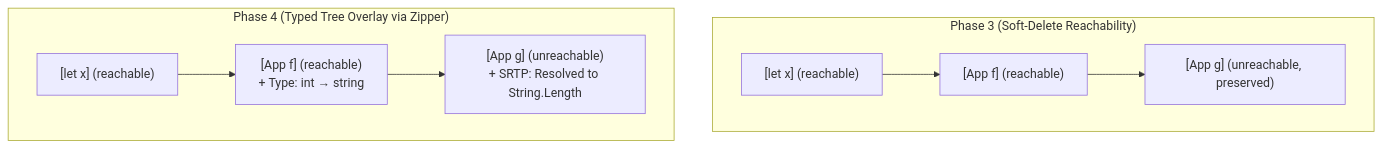
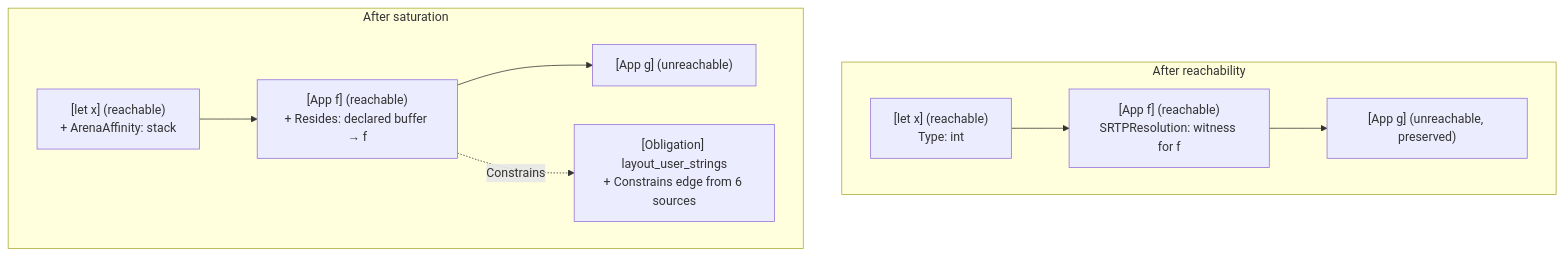
The fifth of 8 diagrams in docs/03_unique_features.md (FidelityFramework/Atelier), drawn with Mermaid before and after one commit. The commit also changed other lines of this file and 23 other files, not shown here.

````diff
--- a/docs/03_unique_features.md
+++ b/docs/03_unique_features.md
@@ -284,16 +309,18 @@
 ```mermaid
 flowchart TB
-    subgraph phase3["Phase 3 (Soft-Delete Reachability)"]
-        x3["[let x] (reachable)"]
-        f3["[App f] (reachable)"]
+    subgraph reach["After reachability"]
+        x3["[let x] (reachable)<br/>Type: int"]
+        f3["[App f] (reachable)<br/>SRTPResolution: witness for f"]
         g3["[App g] (unreachable, preserved)"]
         x3 --> f3 --> g3
     end
 
-    subgraph phase4["Phase 4 (Typed Tree Overlay via Zipper)"]
-        x4["[let x] (reachable)"]
-        f4["[App f] (reachable)<br/>+ Type: int → string"]
-        g4["[App g] (unreachable)<br/>+ SRTP: Resolved to String.Length"]
+    subgraph sat["After saturation"]
+        x4["[let x] (reachable)<br/>+ ArenaAffinity: stack"]
+        f4["[App f] (reachable)<br/>+ Resides: declared buffer → f"]
+        ob["[Obligation] layout_user_strings<br/>+ Constrains edge from 6 sources"]
+        g4["[App g] (unreachable)"]
         x4 --> f4 --> g4
+        f4 -.->|Constrains| ob
     end
 ```
````
